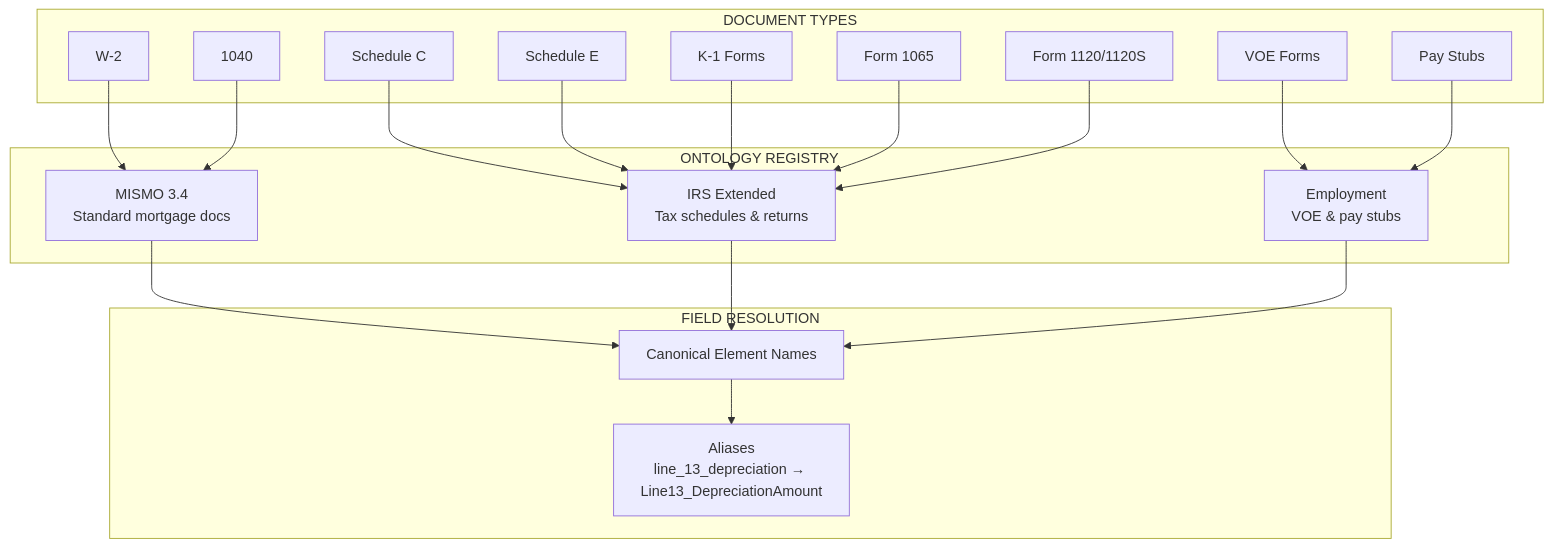
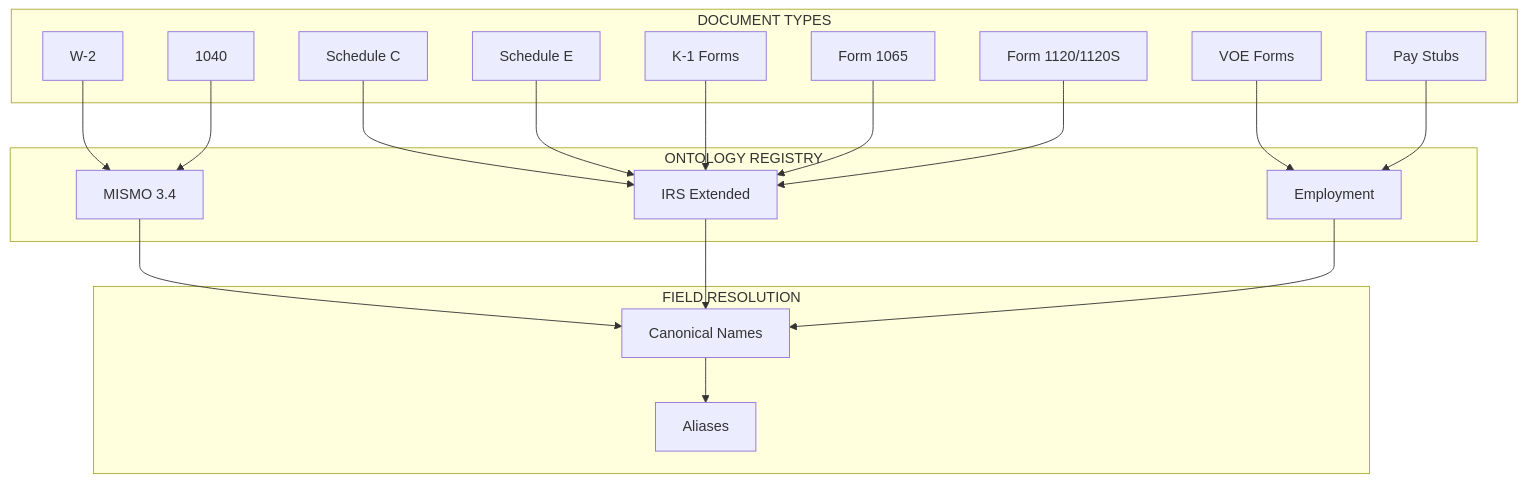
The third of 5 diagrams in design/01-architecture.md (multiversal-ventures/provable-compute), drawn with Mermaid before and after one commit. The commit also changed other lines of this file and 1 other file, not shown here.

Commit message:
Simplify README and fix Mermaid diagram syntax

````diff
--- a/design/01-architecture.md
+++ b/design/01-architecture.md
@@ -61,27 +57,27 @@
 ```mermaid
 flowchart TD
     subgraph ONTOLOGIES["ONTOLOGY REGISTRY"]
-        MISMO[MISMO 3.4<br/>Standard mortgage docs]
-        IRS[IRS Extended<br/>Tax schedules & returns]
-        EMP[Employment<br/>VOE & pay stubs]
+        MISMO[MISMO 3.4]
+        IRS[IRS Extended]
+        EMP[Employment]
     end
 
     subgraph DOCUMENTS["DOCUMENT TYPES"]
         W2[W-2] --> MISMO
         F1040[1040] --> MISMO
         SCHC[Schedule C] --> IRS
         SCHE[Schedule E] --> IRS
         K1[K-1 Forms] --> IRS
         F1065[Form 1065] --> IRS
         F1120[Form 1120/1120S] --> IRS
         VOE[VOE Forms] --> EMP
         PAYSTUB[Pay Stubs] --> EMP
     end
 
     subgraph FIELDS["FIELD RESOLUTION"]
-        MISMO --> CANONICAL[Canonical Element Names]
+        MISMO --> CANONICAL[Canonical Names]
         IRS --> CANONICAL
         EMP --> CANONICAL
-        CANONICAL --> ALIASES[Aliases<br/>line_13_depreciation → Line13_DepreciationAmount]
+        CANONICAL --> ALIASES[Aliases]
     end
 ```
````
